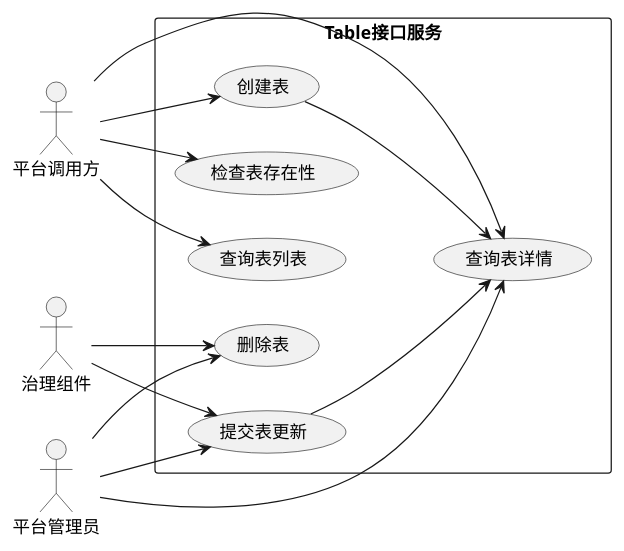
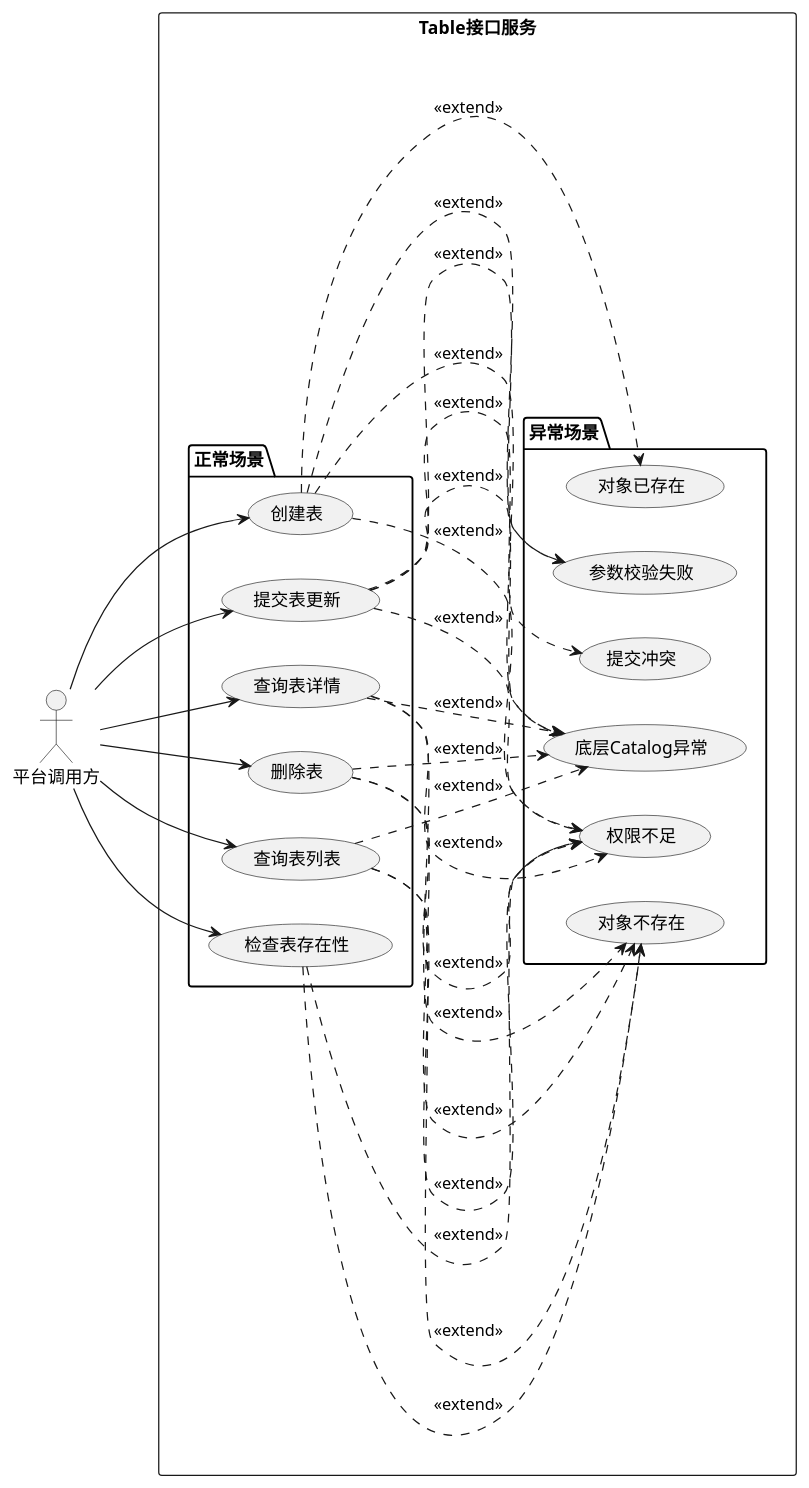
One commit to jingwang-0415/codex changed the first of 5 diagrams in Iceberg_Table接口能力_需求分析文档.md. Above: the diagram before and after it, drawn with PlantUML. The commit also changed other lines of this file, not shown here.

````diff
--- a/Iceberg_Table接口能力_需求分析文档.md
+++ b/Iceberg_Table接口能力_需求分析文档.md
@@ -33,29 +33,52 @@
 ```plantuml
 @startuml
 left to right direction
 actor "平台调用方" as Client
-actor "平台管理员" as Admin
-actor "治理组件" as Gov
 
 rectangle "Table接口服务" {
-  usecase "创建表" as UC1
-  usecase "查询表列表" as UC2
-  usecase "查询表详情" as UC3
-  usecase "提交表更新" as UC4
-  usecase "删除表" as UC5
-  usecase "检查表存在性" as UC6
+  package "正常场景" {
+    usecase "创建表" as UC1
+    usecase "查询表列表" as UC2
+    usecase "查询表详情" as UC3
+    usecase "提交表更新" as UC4
+    usecase "删除表" as UC5
+    usecase "检查表存在性" as UC6
+  }
+
+  package "异常场景" {
+    usecase "参数校验失败" as EX1
+    usecase "对象不存在" as EX2
+    usecase "对象已存在" as EX3
+    usecase "权限不足" as EX4
+    usecase "提交冲突" as EX5
+    usecase "底层Catalog异常" as EX6
+  }
 }
 
 Client --> UC1
 Client --> UC2
 Client --> UC3
+Client --> UC4
+Client --> UC5
 Client --> UC6
-Admin --> UC3
-Admin --> UC4
-Admin --> UC5
-Gov --> UC4
-Gov --> UC5
-UC1 --> UC3
-UC4 --> UC3
+UC1 ..> EX1 : <<extend>>
+UC1 ..> EX3 : <<extend>>
+UC1 ..> EX4 : <<extend>>
+UC1 ..> EX6 : <<extend>>
+UC2 ..> EX2 : <<extend>>
+UC2 ..> EX4 : <<extend>>
+UC2 ..> EX6 : <<extend>>
+UC3 ..> EX2 : <<extend>>
+UC3 ..> EX4 : <<extend>>
+UC3 ..> EX6 : <<extend>>
+UC4 ..> EX1 : <<extend>>
+UC4 ..> EX4 : <<extend>>
+UC4 ..> EX5 : <<extend>>
+UC4 ..> EX6 : <<extend>>
+UC5 ..> EX2 : <<extend>>
+UC5 ..> EX4 : <<extend>>
+UC5 ..> EX6 : <<extend>>
+UC6 ..> EX2 : <<extend>>
+UC6 ..> EX4 : <<extend>>
 @enduml
 ```
````
